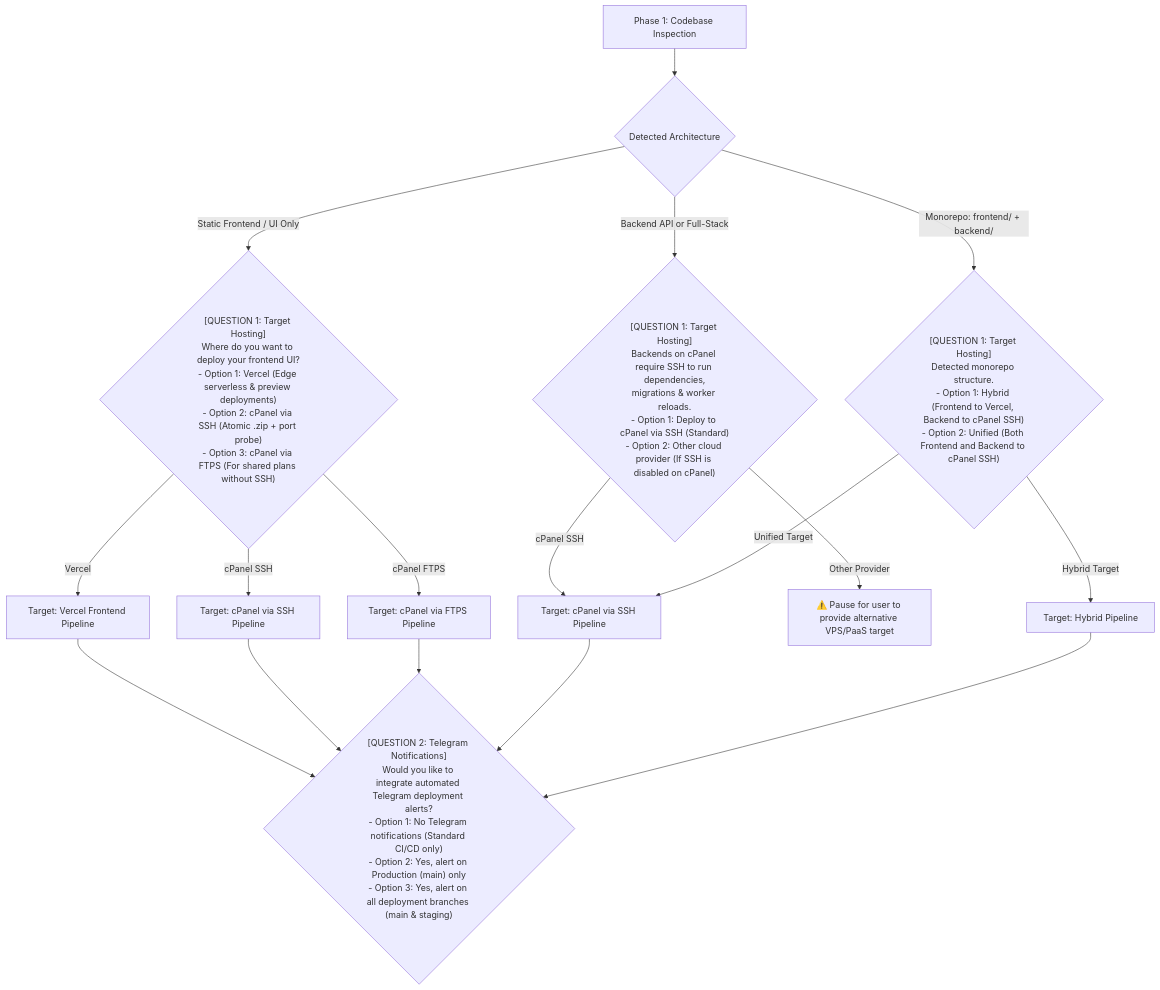
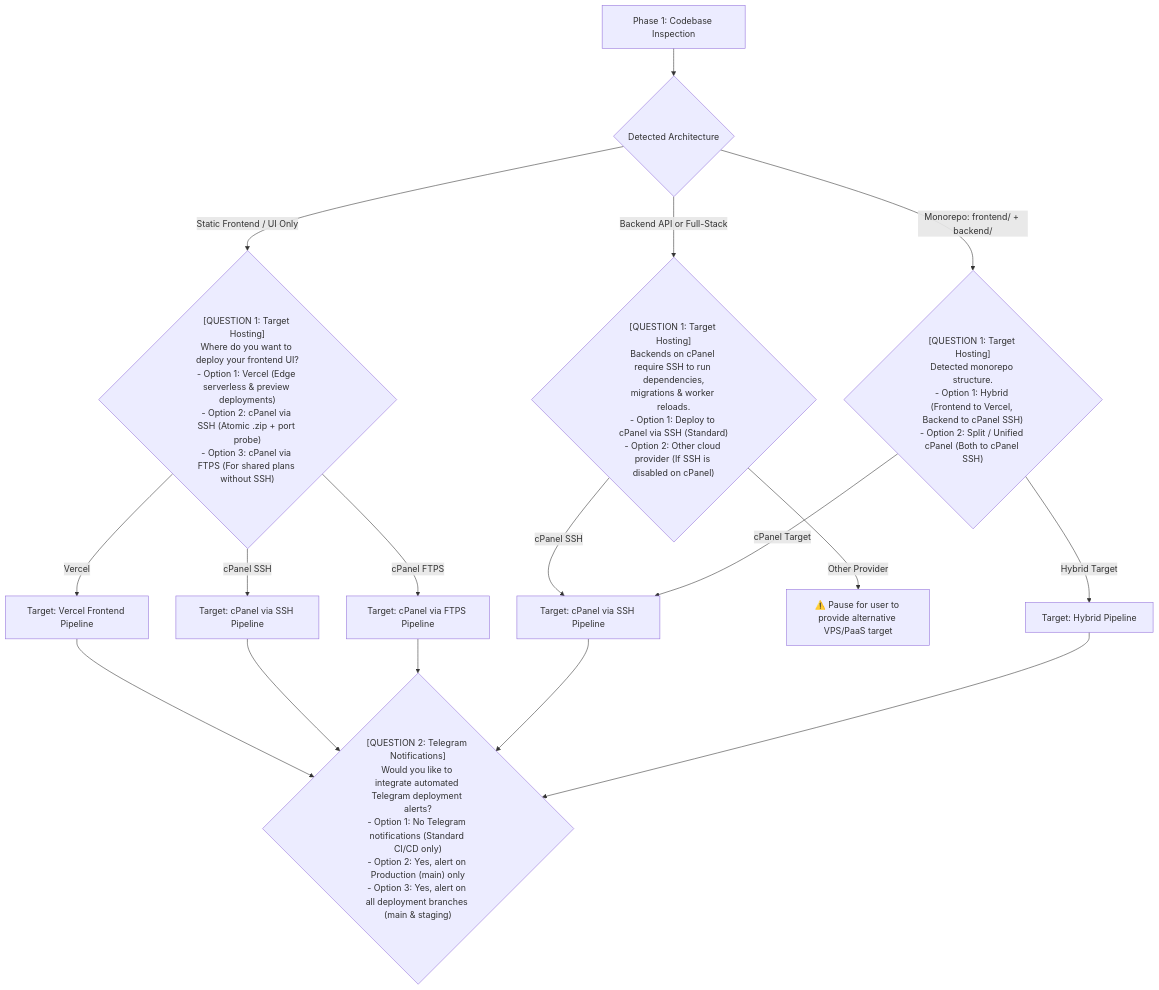
Before and after one commit to BirtuCan-Software/devops-deployment-skill: the second of 2 diagrams in SKILL.md, drawn with Mermaid. The commit also changed other lines of this file and 7 other files, not shown here.

Commit message:
feat: support split monorepo cpanel deployments and deep virtualenv discovery

````diff
--- a/SKILL.md
+++ b/SKILL.md
@@ -113,29 +113,29 @@
 ```mermaid
 flowchart TD
     Scan[Phase 1: Codebase Inspection] --> Architecture{Detected Architecture}
 
     %% Branch 1: Static UI
     Architecture -->|Static Frontend / UI Only| Q_UI{"[QUESTION 1: Target Hosting]<br/>Where do you want to deploy your frontend UI?<br/>- Option 1: Vercel (Edge serverless & preview deployments)<br/>- Option 2: cPanel via SSH (Atomic .zip + port probe)<br/>- Option 3: cPanel via FTPS (For shared plans without SSH)"}
     Q_UI -->|Vercel| T_Vercel["Target: Vercel Frontend Pipeline"]
     Q_UI -->|cPanel SSH| T_cPanel_SSH_UI["Target: cPanel via SSH Pipeline"]
     Q_UI -->|cPanel FTPS| T_cPanel_FTPS_UI["Target: cPanel via FTPS Pipeline"]
 
     %% Branch 2: Fullstack or Backend
     Architecture -->|Backend API or Full-Stack| Q_FS{"[QUESTION 1: Target Hosting]<br/>Backends on cPanel require SSH to run dependencies,<br/>migrations & worker reloads.<br/>- Option 1: Deploy to cPanel via SSH (Standard)<br/>- Option 2: Other cloud provider (If SSH is disabled on cPanel)"}
     Q_FS -->|cPanel SSH| T_cPanel_FS["Target: cPanel via SSH Pipeline"]
     Q_FS -->|Other Provider| Blocked_FS["⚠️ Pause for user to provide alternative VPS/PaaS target"]
 
     %% Branch 3: Monorepo
-    Architecture -->|Monorepo: frontend/ + backend/| Q_Mono{"[QUESTION 1: Target Hosting]<br/>Detected monorepo structure.<br/>- Option 1: Hybrid (Frontend to Vercel, Backend to cPanel SSH)<br/>- Option 2: Unified (Both Frontend and Backend to cPanel SSH)"}
+    Architecture -->|Monorepo: frontend/ + backend/| Q_Mono{"[QUESTION 1: Target Hosting]<br/>Detected monorepo structure.<br/>- Option 1: Hybrid (Frontend to Vercel, Backend to cPanel SSH)<br/>- Option 2: Split / Unified cPanel (Both to cPanel SSH)"}
     Q_Mono -->|Hybrid Target| T_Hybrid["Target: Hybrid Pipeline"]
-    Q_Mono -->|Unified Target| T_cPanel_FS
+    Q_Mono -->|cPanel Target| T_cPanel_FS
 
     %% Common Single Downstream Question
     T_Vercel --> Q_TG
     T_cPanel_SSH_UI --> Q_TG
     T_cPanel_FTPS_UI --> Q_TG
     T_cPanel_FS --> Q_TG
     T_Hybrid --> Q_TG
 
     Q_TG{"[QUESTION 2: Telegram Notifications]<br/>Would you like to integrate automated Telegram deployment alerts?<br/>- Option 1: No Telegram notifications (Standard CI/CD only)<br/>- Option 2: Yes, alert on Production (main) only<br/>- Option 3: Yes, alert on all deployment branches (main & staging)"}
 ```
````
